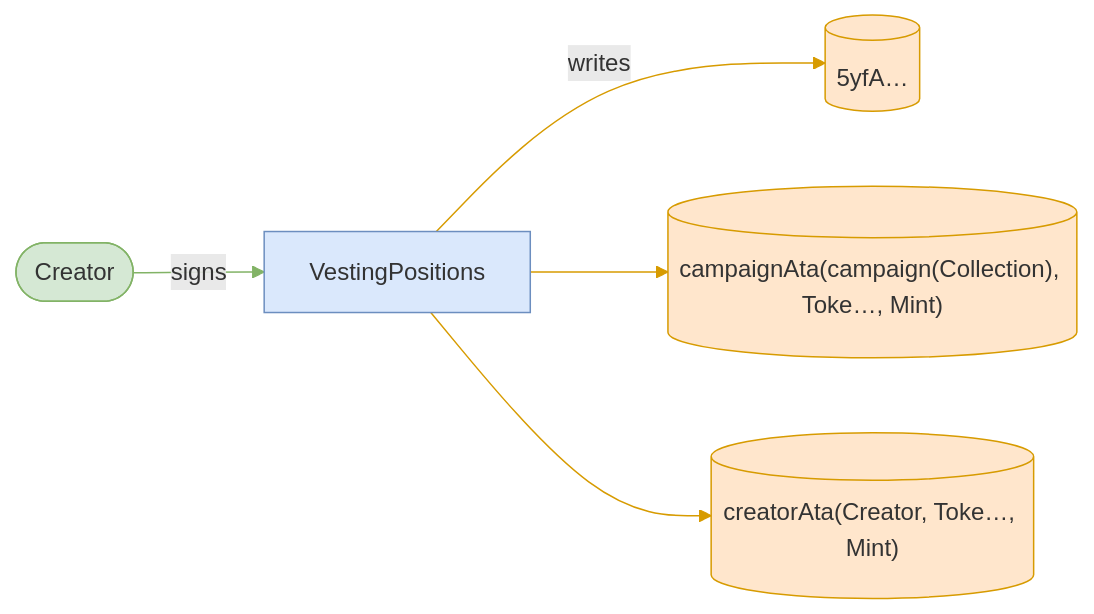
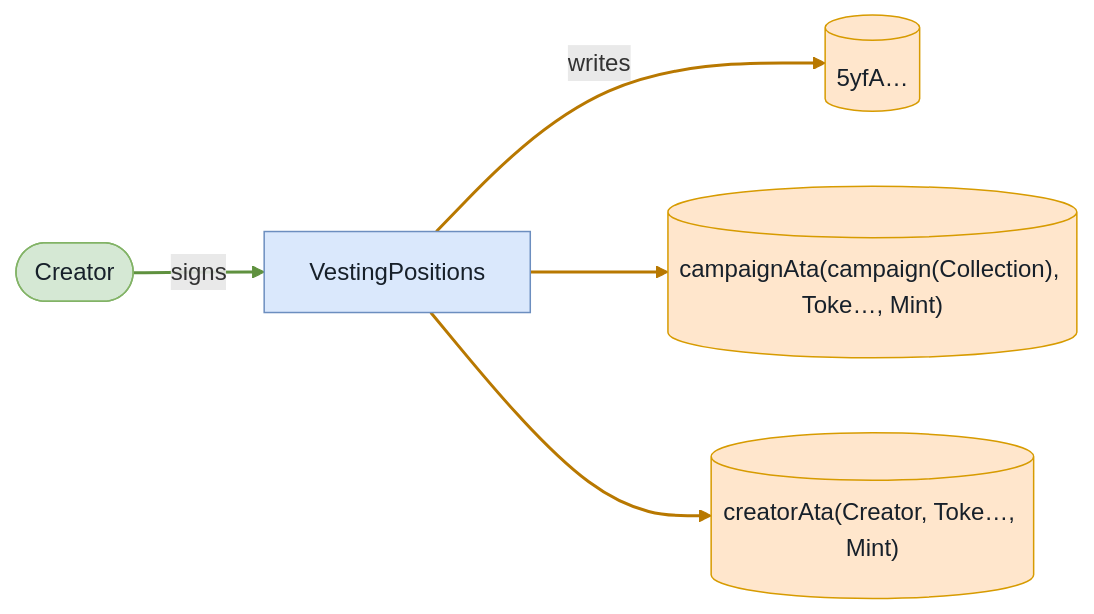
The eighth of 9 diagrams in babelfish-tests/test-report/clawback_unclaimed_fails_if_already_claimed.md (cds-turbin3/vesting-position), drawn with Mermaid before and after one commit. The commit also changed other lines of this file and 106 other files, not shown here.

````diff
--- a/babelfish-tests/test-report/clawback_unclaimed_fails_if_already_claimed.md
+++ b/babelfish-tests/test-report/clawback_unclaimed_fails_if_already_claimed.md
@@ -394,17 +392,17 @@
 ```mermaid
 flowchart LR
     VestingPositions["VestingPositions"]:::program
     Creator(["Creator"]):::signer
     n5yfA[("5yfA…")]:::state
     campaignAtacampaignCollectionTokeMint[("campaignAta(campaign(Collection), Toke…, Mint)")]:::state
     creatorAtaCreatorTokeMint[("creatorAta(Creator, Toke…, Mint)")]:::state
     Creator -->|signs| VestingPositions
     VestingPositions -->|writes| n5yfA
     VestingPositions --> campaignAtacampaignCollectionTokeMint
     VestingPositions --> creatorAtaCreatorTokeMint
-    classDef program fill:#dae8fc,stroke:#6c8ebf;
-    classDef signer fill:#d5e8d4,stroke:#82b366;
-    classDef state fill:#ffe6cc,stroke:#d79b00;
-    linkStyle 0 stroke:#82b366
-    linkStyle 1,2,3 stroke:#d79b00
+    classDef program fill:#dae8fc,stroke:#6c8ebf,color:#17202a;
+    classDef signer fill:#d5e8d4,stroke:#82b366,color:#17202a;
+    classDef state fill:#ffe6cc,stroke:#d79b00,color:#17202a;
+    linkStyle 0 stroke:#5f913f,stroke-width:2px
+    linkStyle 1,2,3 stroke:#b87800,stroke-width:2px
 ```
````
